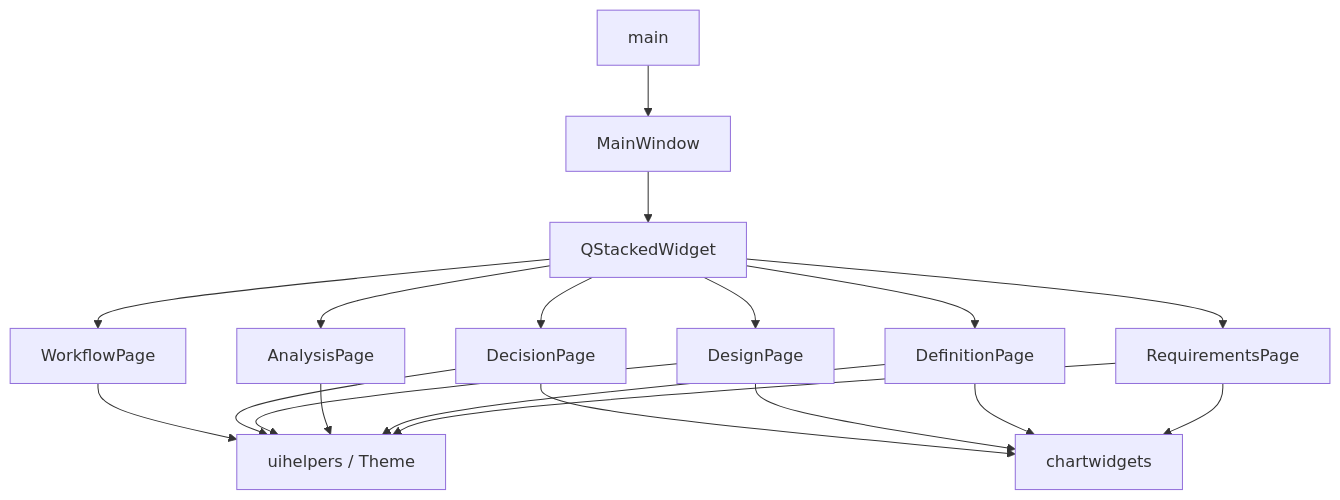
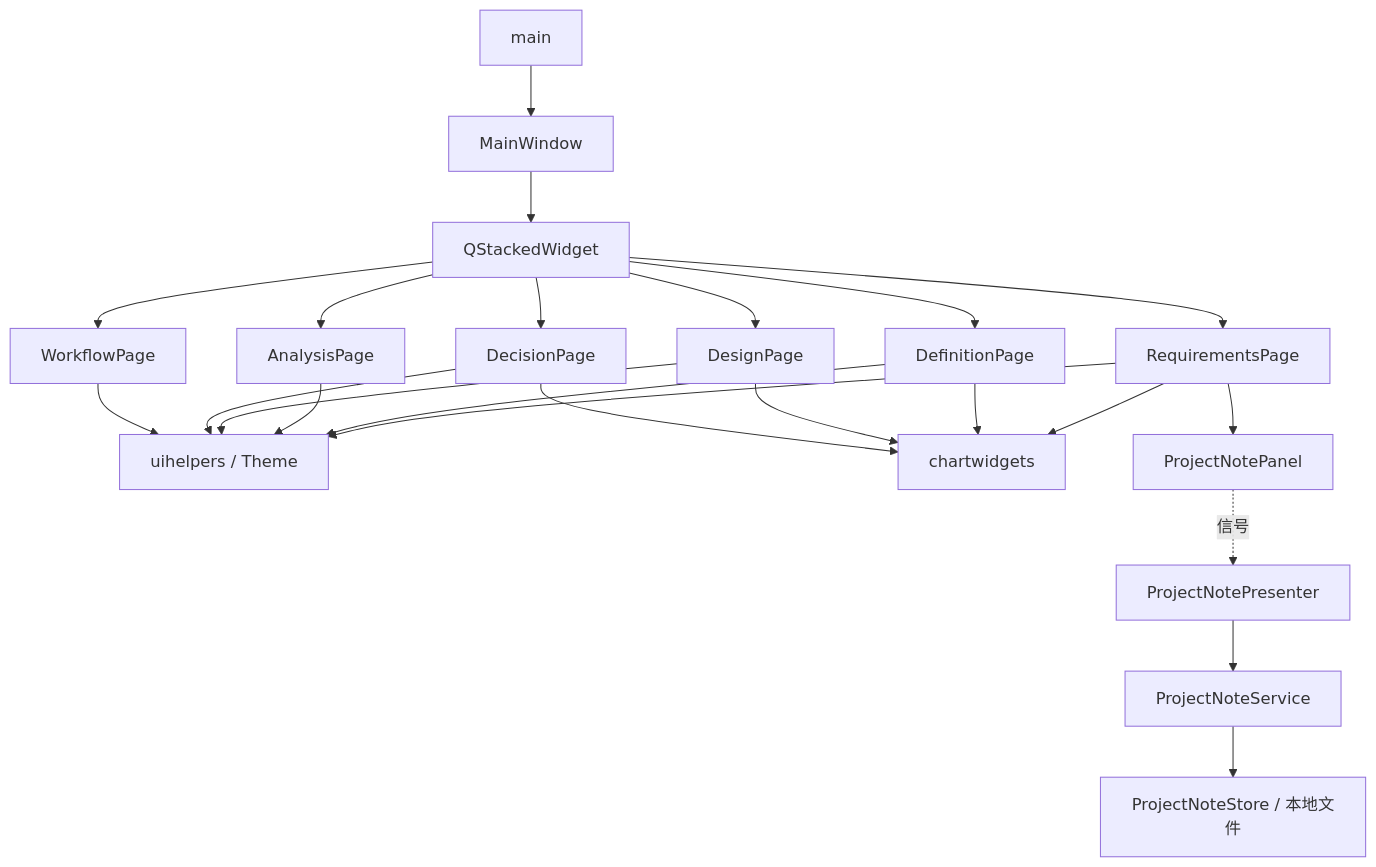
The diagram in docs/architecture.md (sunshijun205/AMDO), drawn with Mermaid before and after one commit. The commit also changed other lines of this file and 18 other files, not shown here.

````diff
--- a/docs/architecture.md
+++ b/docs/architecture.md
@@ -8,13 +10,17 @@
 ```mermaid
 graph TD
   main --> MW[MainWindow]
   MW --> Stack[QStackedWidget]
   Stack --> R[RequirementsPage]
   Stack --> D[DefinitionPage]
   Stack --> A[AnalysisPage]
   Stack --> O[DesignPage]
   Stack --> C[DecisionPage]
   Stack --> W[WorkflowPage]
   R & D & A & O & C & W --> H[uihelpers / Theme]
   R & D & O & C --> Ch[chartwidgets]
+  R --> Panel[ProjectNotePanel]
+  Panel -.->|信号| P[ProjectNotePresenter]
+  P --> S[ProjectNoteService]
+  S --> Store[ProjectNoteStore / 本地文件]
 ```
````
